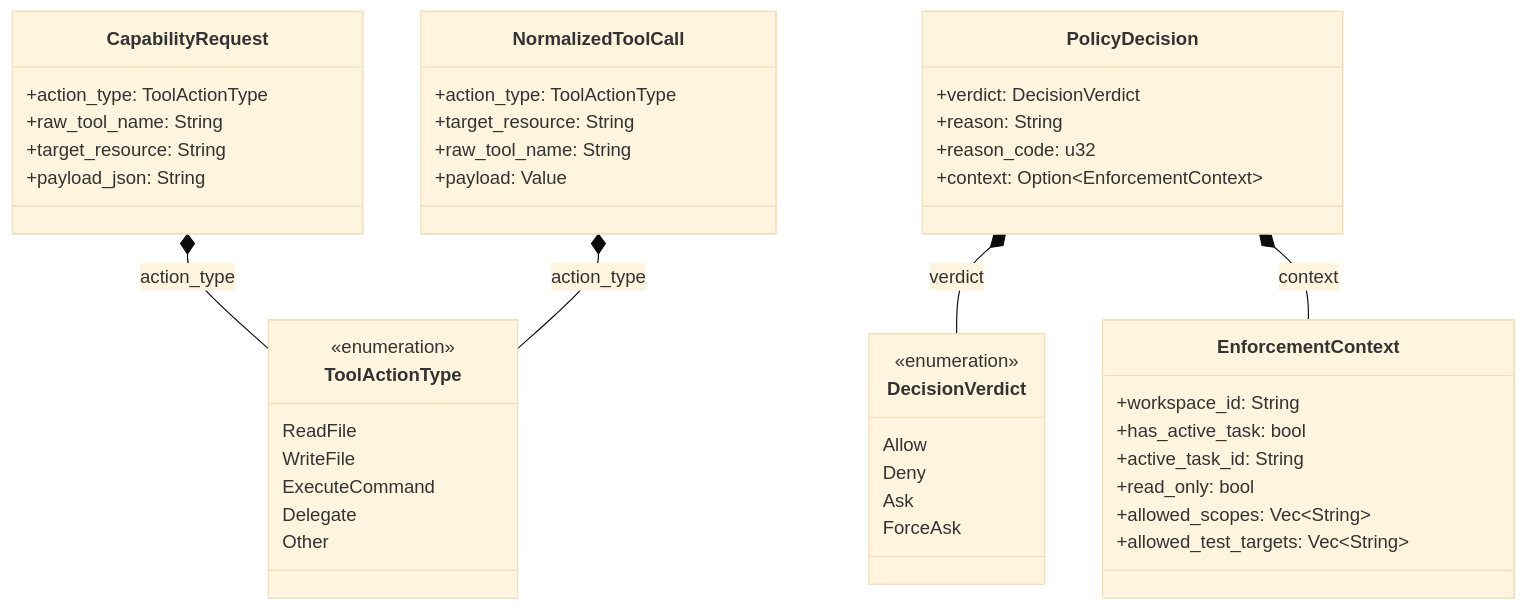
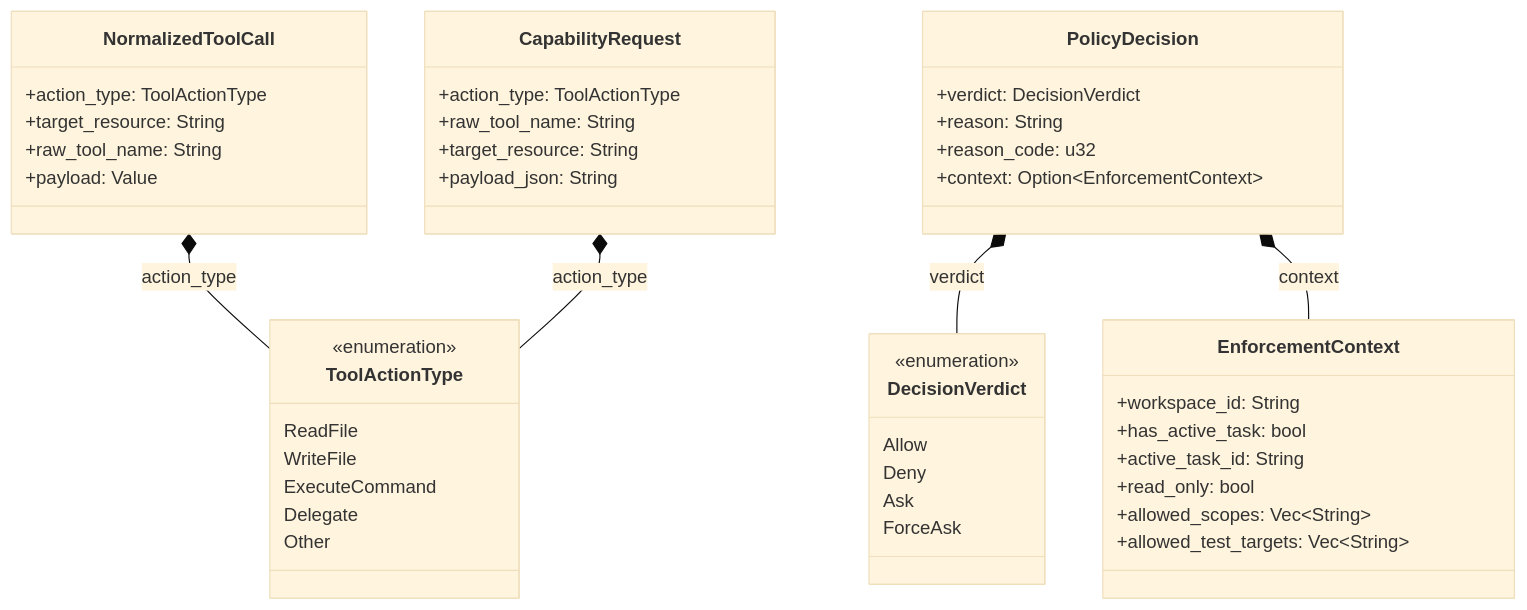
Before and after one commit to rolfmadsen/xgauntlet: the diagram in docs/architecture/policy.md, drawn with Mermaid (base theme). The commit also changed other lines of this file and 20 other files, not shown here.

````diff
--- a/docs/architecture/policy.md
+++ b/docs/architecture/policy.md
@@ -7,60 +7,60 @@
 ```mermaid
 classDiagram
     direction TB
 
     %% ====================================================================
     %% 🧩 Feature Slice: policy (with 1-hop domain neighbors)
     %% ====================================================================
 
     class CapabilityRequest {
         +action_type: ToolActionType
         +raw_tool_name: String
         +target_resource: String
         +payload_json: String
     }
 
     class DecisionVerdict {
         <<enumeration>>
         Allow
         Deny
         Ask
         ForceAsk
     }
 
     class EnforcementContext {
         +workspace_id: String
         +has_active_task: bool
         +active_task_id: String
         +read_only: bool
         +allowed_scopes: Vec~String~
         +allowed_test_targets: Vec~String~
     }
 
     class NormalizedToolCall {
         +action_type: ToolActionType
         +target_resource: String
         +raw_tool_name: String
         +payload: Value
     }
 
     class PolicyDecision {
         +verdict: DecisionVerdict
         +reason: String
         +reason_code: u32
         +context: Option~EnforcementContext~
     }
 
     class ToolActionType {
         <<enumeration>>
         ReadFile
         WriteFile
         ExecuteCommand
         Delegate
         Other
     }
 
+    NormalizedToolCall *-- ToolActionType : action_type
+    CapabilityRequest *-- ToolActionType : action_type
     PolicyDecision *-- DecisionVerdict : verdict
     PolicyDecision *-- EnforcementContext : context
-    CapabilityRequest *-- ToolActionType : action_type
-    NormalizedToolCall *-- ToolActionType : action_type
 ```
````
